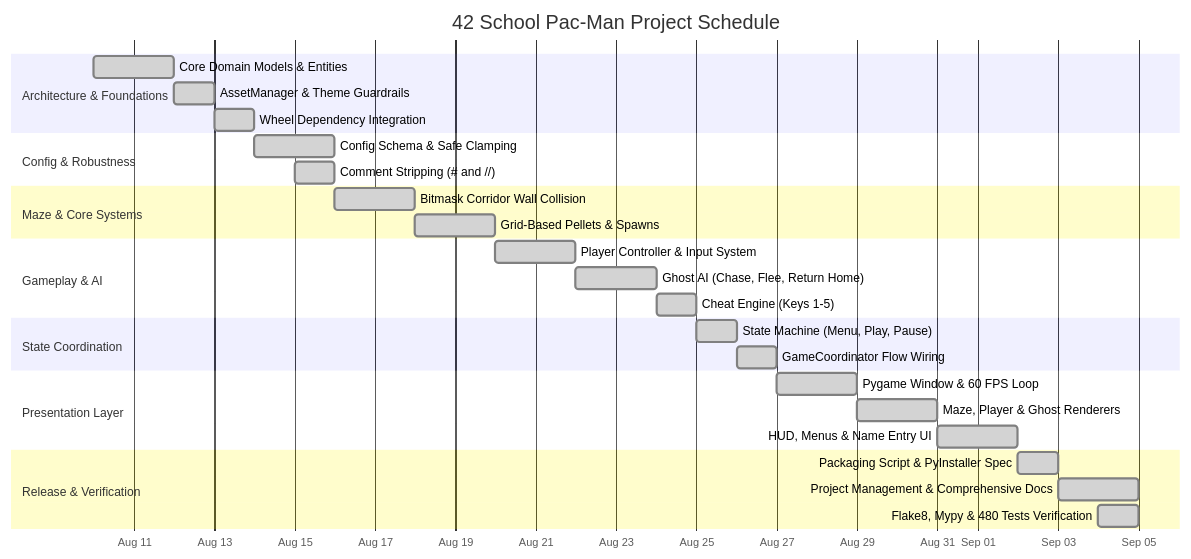
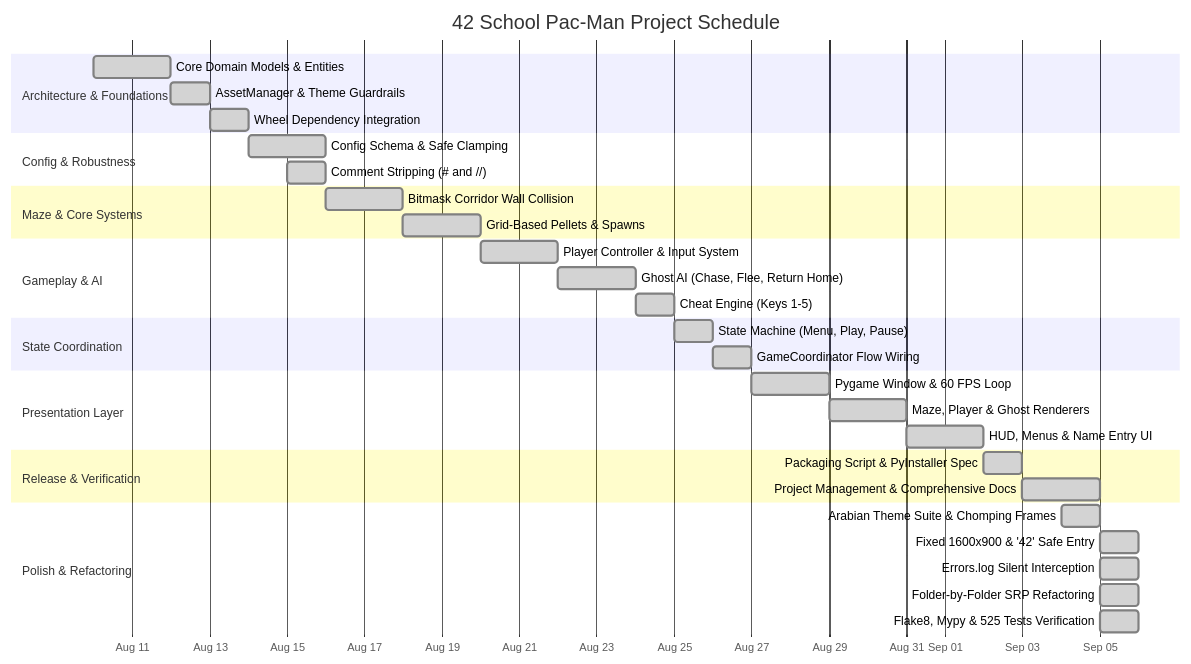
Before and after one commit to BilalOrabi/Pac-Man: the diagram in docs/project_management/timeline_gantt.md, drawn with Mermaid. The commit also changed other lines of this file and 80 other files, not shown here.

````diff
--- a/docs/project_management/timeline_gantt.md
+++ b/docs/project_management/timeline_gantt.md
@@ -24,38 +25,44 @@
 ```mermaid
 gantt
     title 42 School Pac-Man Project Schedule
     dateFormat  YYYY-MM-DD
     axisFormat  %b %d
 
     section Architecture & Foundations
     Core Domain Models & Entities       :done, m1_1, 2026-08-10, 2d
     AssetManager & Theme Guardrails     :done, m1_2, 2026-08-12, 1d
     Wheel Dependency Integration        :done, m1_3, 2026-08-13, 1d
 
     section Config & Robustness
     Config Schema & Safe Clamping       :done, m2_1, 2026-08-14, 2d
     Comment Stripping (# and //)        :done, m2_2, 2026-08-15, 1d
 
     section Maze & Core Systems
     Bitmask Corridor Wall Collision     :done, m3_1, 2026-08-16, 2d
     Grid-Based Pellets & Spawns         :done, m3_2, 2026-08-18, 2d
 
     section Gameplay & AI
     Player Controller & Input System    :done, m4_1, 2026-08-20, 2d
     Ghost AI (Chase, Flee, Return Home) :done, m4_2, 2026-08-22, 2d
     Cheat Engine (Keys 1-5)             :done, m4_3, 2026-08-24, 1d
 
     section State Coordination
     State Machine (Menu, Play, Pause)   :done, m5_1, 2026-08-25, 1d
     GameCoordinator Flow Wiring         :done, m5_2, 2026-08-26, 1d
 
     section Presentation Layer
     Pygame Window & 60 FPS Loop         :done, m6_1, 2026-08-27, 2d
     Maze, Player & Ghost Renderers      :done, m6_2, 2026-08-29, 2d
     HUD, Menus & Name Entry UI          :done, m6_3, 2026-08-31, 2d
 
     section Release & Verification
     Packaging Script & PyInstaller Spec :done, m7_1, 2026-09-02, 1d
     Project Management & Comprehensive Docs:done, m8_1, 2026-09-03, 2d
-    Flake8, Mypy & 480 Tests Verification:done, m8_2, 2026-09-04, 1d
+
+    section Polish & Refactoring
+    Arabian Theme Suite & Chomping Frames :done, m9_1, 2026-09-04, 1d
+    Fixed 1600x900 & '42' Safe Entry      :done, m9_2, 2026-09-05, 1d
+    Errors.log Silent Interception        :done, m9_3, 2026-09-05, 1d
+    Folder-by-Folder SRP Refactoring      :done, m9_4, 2026-09-05, 1d
+    Flake8, Mypy & 525 Tests Verification :done, m9_5, 2026-09-05, 1d
 ```
````
